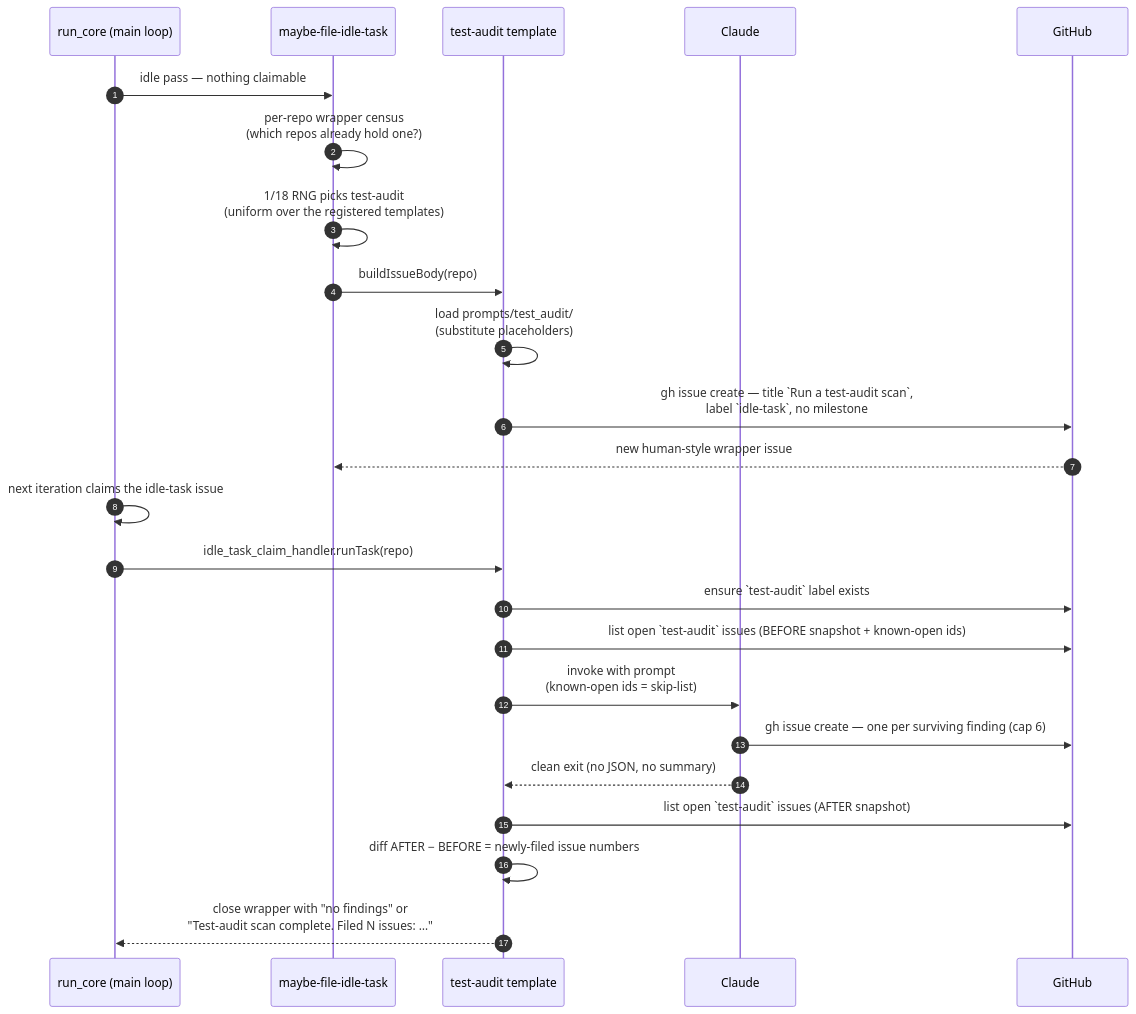
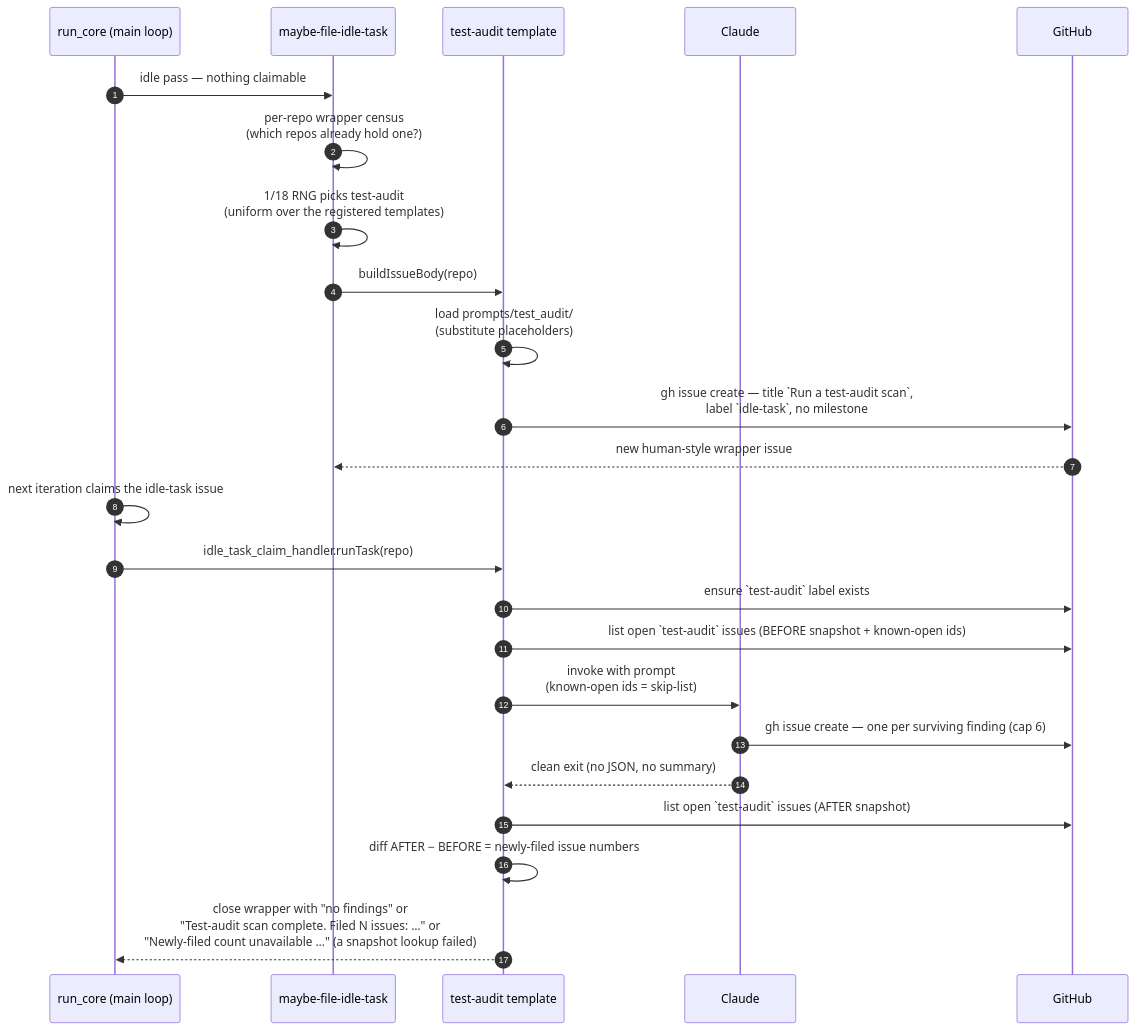
Before and after one commit to stSoftwareAU/VibeCoder: the first of 2 diagrams in docs/TEST-AUDIT-SCAN.md, drawn with Mermaid. The commit also changed other lines of this file and 9 other files, not shown here.

````diff
--- a/docs/TEST-AUDIT-SCAN.md
+++ b/docs/TEST-AUDIT-SCAN.md
@@ -173,27 +173,27 @@
 ```mermaid
 sequenceDiagram
     autonumber
     participant Main as run_core (main loop)
     participant Filer as maybe-file-idle-task
     participant Template as test-audit template
     participant Claude
     participant GH as GitHub
 
     Main->>Filer: idle pass — nothing claimable
     Filer->>Filer: per-repo wrapper census<br/>(which repos already hold one?)
     Filer->>Filer: 1/18 RNG picks test-audit<br/>(uniform over the registered templates)
     Filer->>Template: buildIssueBody(repo)
     Template->>Template: load prompts/test_audit/<br/>(substitute placeholders)
     Template->>GH: gh issue create — title `Run a test-audit scan`,<br/>label `idle-task`, no milestone
     GH-->>Filer: new human-style wrapper issue
     Main->>Main: next iteration claims the idle-task issue
     Main->>Template: idle_task_claim_handler.runTask(repo)
     Template->>GH: ensure `test-audit` label exists
     Template->>GH: list open `test-audit` issues (BEFORE snapshot + known-open ids)
     Template->>Claude: invoke with prompt<br/>(known-open ids = skip-list)
     Claude->>GH: gh issue create — one per surviving finding (cap 6)
     Claude-->>Template: clean exit (no JSON, no summary)
     Template->>GH: list open `test-audit` issues (AFTER snapshot)
     Template->>Template: diff AFTER − BEFORE = newly-filed issue numbers
-    Template-->>Main: close wrapper with "no findings" or<br/>"Test-audit scan complete. Filed N issues: …"
+    Template-->>Main: close wrapper with "no findings" or<br/>"Test-audit scan complete. Filed N issues: …" or<br/>"Newly-filed count unavailable …" (a snapshot lookup failed)
 ```
````
